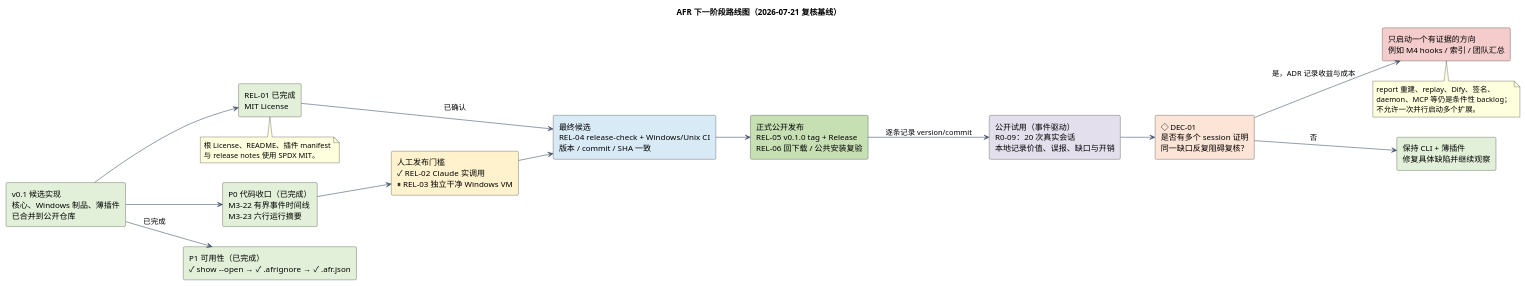
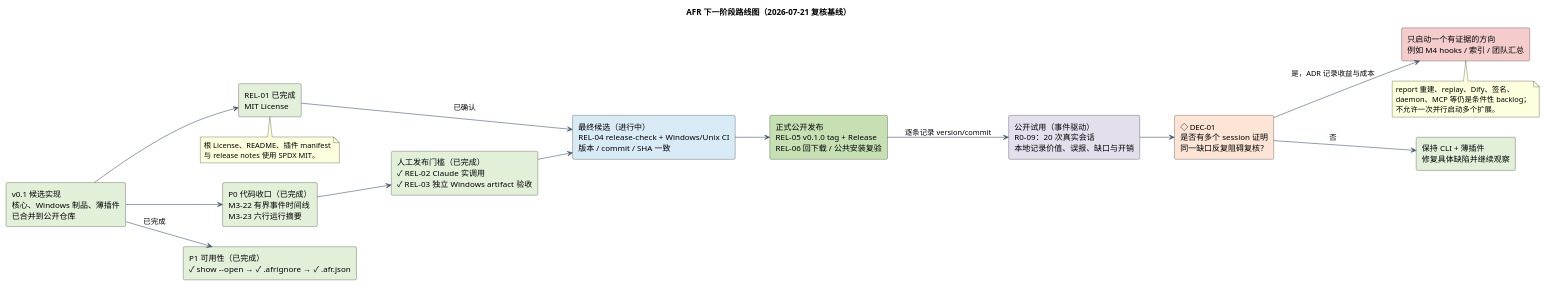
Before and after one commit to liao96312/agent-flight-recorder: the tenth of 10 diagrams in docs/architecture.puml, drawn with PlantUML. The commit also changed 2 other files, not shown here.

Commit message:
enforce release candidate consistency

```diff
--- a/docs/architecture.puml
+++ b/docs/architecture.puml
@@ -613,45 +613,45 @@
 @startuml AFR_10_Next_Roadmap
 title AFR 下一阶段路线图（2026-07-21 复核基线）
 
 skinparam backgroundColor #FFFFFF
 skinparam shadowing false
 skinparam defaultFontName Microsoft YaHei
 skinparam ArrowColor #44546A
 left to right direction
 
 rectangle "v0.1 候选实现\n核心、Windows 制品、薄插件\n已合并到公开仓库" as Candidate #E2F0D9
 rectangle "P0 代码收口（已完成）\nM3-22 有界事件时间线\nM3-23 六行运行摘要" as P0Close #E2F0D9
 rectangle "REL-01 已完成\nMIT License" as License #E2F0D9
-rectangle "人工发布门槛\n✓ REL-02 Claude 实调用\n⏸ REL-03 独立干净 Windows VM" as Manual #FFF2CC
-rectangle "最终候选\nREL-04 release-check + Windows/Unix CI\n版本 / commit / SHA 一致" as RC #D9EAF7
+rectangle "人工发布门槛（已完成）\n✓ REL-02 Claude 实调用\n✓ REL-03 独立 Windows artifact 验收" as Manual #E2F0D9
+rectangle "最终候选（进行中）\nREL-04 release-check + Windows/Unix CI\n版本 / commit / SHA 一致" as RC #D9EAF7
 rectangle "正式公开发布\nREL-05 v0.1.0 tag + Release\nREL-06 回下载 / 公共安装复验" as Release #C6E0B4
 rectangle "P1 可用性（已完成）\n✓ show --open → ✓ .afrignore → ✓ .afr.json" as P1 #E2F0D9
 rectangle "公开试用（事件驱动）\nR0-09：20 次真实会话\n本地记录价值、误报、缺口与开销" as Pilot #E4DFEC
 rectangle "◇ DEC-01\n是否有多个 session 证明\n同一缺口反复阻碍复核？" as DataGate #FCE4D6
 rectangle "保持 CLI + 薄插件\n修复具体缺陷并继续观察" as Maintain #E2F0D9
 rectangle "只启动一个有证据的方向\n例如 M4 hooks / 索引 / 团队汇总" as OneDirection #F4CCCC
 
 Candidate --> P0Close
 Candidate --> License
 Candidate --> P1 : 已完成
 P0Close --> Manual
 Manual --> RC
 License --> RC : 已确认
 RC --> Release
 Release --> Pilot : 逐条记录 version/commit
 Pilot --> DataGate
 DataGate --> OneDirection : 是，ADR 记录收益与成本
 DataGate --> Maintain : 否
 
 note bottom of License
   根 License、README、插件 manifest
   与 release notes 使用 SPDX MIT。
 end note
 
 note bottom of OneDirection
   report 重建、replay、Dify、签名、
   daemon、MCP 等仍是条件性 backlog；
   不允许一次并行启动多个扩展。
 end note
 
 @enduml
```
